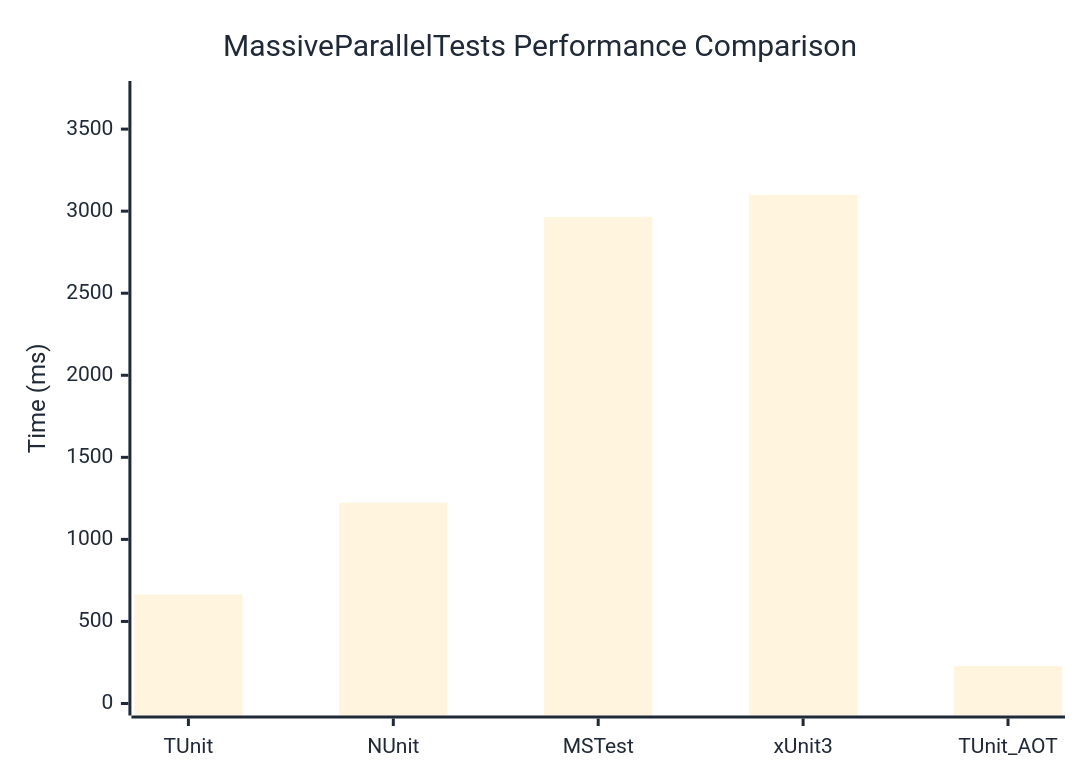
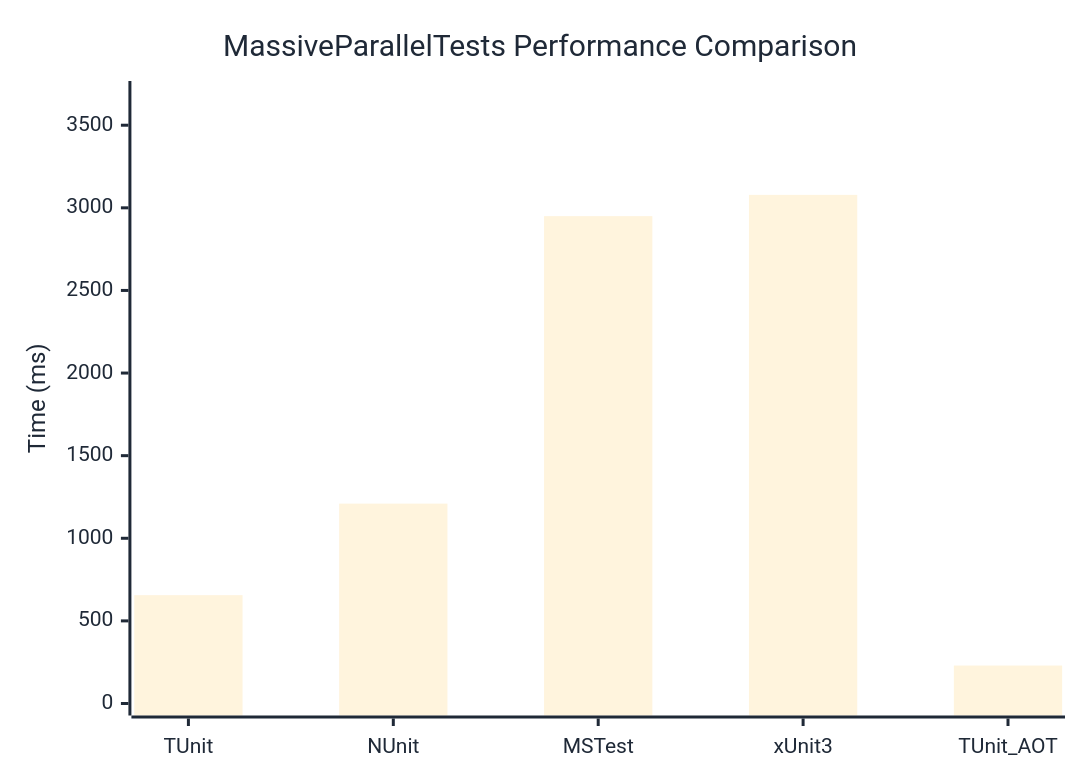
The diagram in docs/docs/benchmarks/MassiveParallelTests.md (thomhurst/TUnit), drawn with Mermaid before and after one commit. The commit also changed other lines of this file and 17 other files, not shown here.

````diff
--- a/docs/docs/benchmarks/MassiveParallelTests.md
+++ b/docs/docs/benchmarks/MassiveParallelTests.md
@@ -27,37 +27,37 @@
 ```mermaid
 %%{init: {
   'theme':'base',
   'themeVariables': {
     'primaryColor': '#2563eb',
     'primaryTextColor': '#1f2937',
     'primaryBorderColor': '#1e40af',
     'lineColor': '#6b7280',
     'secondaryColor': '#7c3aed',
     'tertiaryColor': '#dc2626',
     'background': '#ffffff',
     'mainBkg': '#2563eb',
     'secondBkg': '#7c3aed',
     'tertiaryBkg': '#dc2626',
     'clusterBkg': '#f3f4f6',
     'edgeLabelBackground': '#ffffff',
     'tertiaryTextColor': '#1f2937',
     'pie1': '#2563eb',
     'pie2': '#7c3aed',
     'pie3': '#dc2626',
     'pie4': '#f59e0b',
     'pie5': '#10b981',
     'pie6': '#06b6d4',
     'pie7': '#ec4899',
     'pie8': '#6366f1',
     'pie9': '#84cc16',
     'pie10': '#f97316',
     'pie11': '#14b8a6',
     'pie12': '#a855f7'
   }
 }}%%
 xychart-beta
   title "MassiveParallelTests Performance Comparison"
   x-axis ["TUnit", "NUnit", "MSTest", "xUnit3", "TUnit_AOT"]
-  y-axis "Time (ms)" 0 --> 3720
-  bar [664.1, 1223.8, 2964.9, 3099.4, 229]
+  y-axis "Time (ms)" 0 --> 3695
+  bar [655.8, 1209.7, 2949.8, 3078.4, 229.8]
 ```
````
